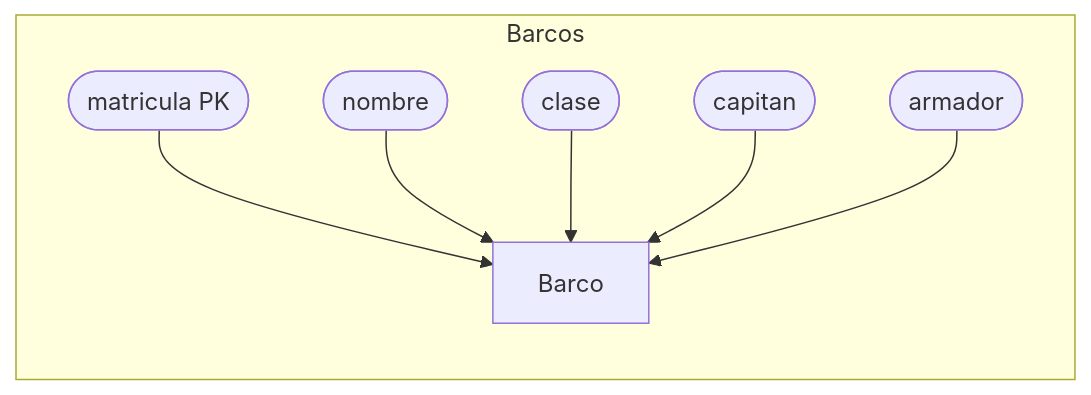
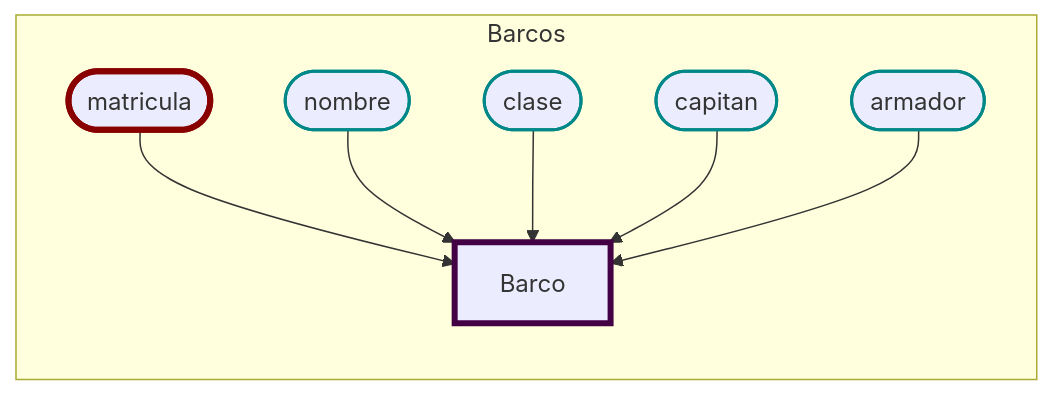
The third of 7 diagrams in DataBases/lonja_DB.md (JulTob/Data), drawn with Mermaid before and after one commit. The commit also changed other lines of this file, not shown here.

````diff
--- a/DataBases/lonja_DB.md
+++ b/DataBases/lonja_DB.md
@@ -180,14 +180,18 @@
 ```mermaid
 flowchart LR   
+  classDef atributo stroke:#088,stroke-width:2px;
+  classDef pk stroke:#800,stroke-width:4px;
+  classDef entidad stroke:#404,stroke-width:4px;
 
   %% Atributos BARCO
   subgraph Barcos
-  matricula([matricula PK]):::atributo --> Barco
+  Barco:::entidad
+  matricula([matricula]):::pk --> Barco
   nombre_barco([nombre]):::atributo --> Barco
   clase_barco([clase]):::atributo --> Barco
   capitan([capitan]):::atributo --> Barco
   armador([armador]):::atributo --> Barco
   end
 
 
 ```
````
